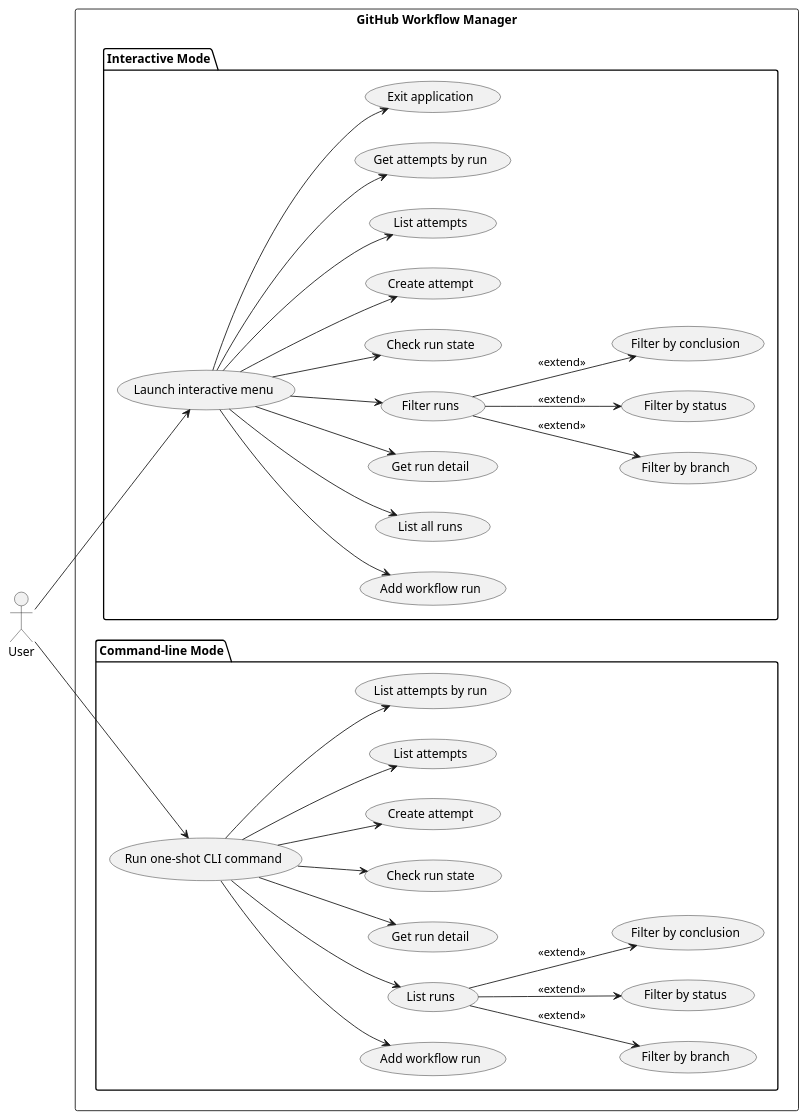
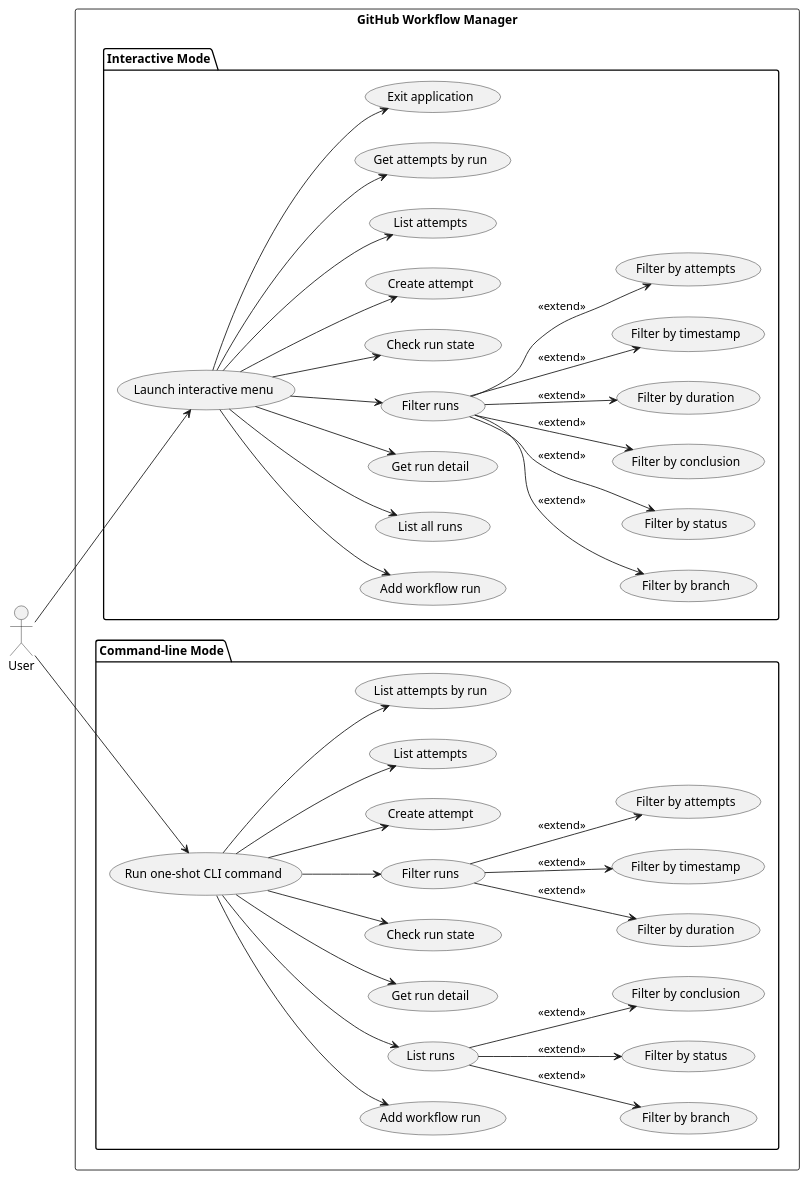
Before and after one commit to DanielRiha8906/Software_autoevolution_using_agents: the diagram in experiments/broadcast/structured_text/github-workflow-manager/artifacts/use_case_diagram.puml, drawn with PlantUML. The commit also changed 8 other files, not shown here.

```diff
--- a/experiments/broadcast/structured_text/github-workflow-manager/artifacts/use_case_diagram.puml
+++ b/experiments/broadcast/structured_text/github-workflow-manager/artifacts/use_case_diagram.puml
@@ -1,69 +1,85 @@
 @startuml use_case_diagram
 
 left to right direction
 
 actor User
 
 rectangle "GitHub Workflow Manager" {
 
   package "Interactive Mode" {
     usecase "Launch interactive menu"  as UI
     usecase "Add workflow run"         as I_ADD
     usecase "List all runs"            as I_LIST
     usecase "Get run detail"           as I_DETAIL
     usecase "Filter runs"              as I_FILTER
     usecase "Filter by branch"         as I_FBRANCH
     usecase "Filter by status"         as I_FSTATUS
     usecase "Filter by conclusion"     as I_FCONCL
+    usecase "Filter by duration"       as I_FDURATION
+    usecase "Filter by timestamp"      as I_FTIMESTAMP
+    usecase "Filter by attempts"       as I_FATTEMPTS
     usecase "Check run state"          as I_CHECK
     usecase "Create attempt"           as I_CREATE_ATT
     usecase "List attempts"            as I_LIST_ATT
     usecase "Get attempts by run"      as I_GET_ATT
     usecase "Exit application"         as I_EXIT
   }
 
   package "Command-line Mode" {
     usecase "Run one-shot CLI command" as CLI
     usecase "Add workflow run"         as C_ADD
     usecase "List runs"                as C_LIST
     usecase "Filter by branch"         as C_FBRANCH
     usecase "Filter by status"         as C_FSTATUS
     usecase "Filter by conclusion"     as C_FCONCL
     usecase "Get run detail"           as C_DETAIL
     usecase "Check run state"          as C_CHECK
+    usecase "Filter runs"              as C_FILTER
+    usecase "Filter by duration"       as C_FDURATION
+    usecase "Filter by timestamp"      as C_FTIMESTAMP
+    usecase "Filter by attempts"       as C_FATTEMPTS
     usecase "Create attempt"           as C_CREATE_ATT
     usecase "List attempts"            as C_LIST_ATT
     usecase "List attempts by run"     as C_GET_ATT
   }
 }
 
 User --> UI
 User --> CLI
 
 UI --> I_ADD
 UI --> I_LIST
 UI --> I_DETAIL
 UI --> I_FILTER
 UI --> I_CHECK
 UI --> I_CREATE_ATT
 UI --> I_LIST_ATT
 UI --> I_GET_ATT
 UI --> I_EXIT
 
-I_FILTER --> I_FBRANCH  : <<extend>>
-I_FILTER --> I_FSTATUS  : <<extend>>
-I_FILTER --> I_FCONCL   : <<extend>>
+I_FILTER --> I_FBRANCH     : <<extend>>
+I_FILTER --> I_FSTATUS     : <<extend>>
+I_FILTER --> I_FCONCL      : <<extend>>
+I_FILTER --> I_FDURATION   : <<extend>>
+I_FILTER --> I_FTIMESTAMP  : <<extend>>
+I_FILTER --> I_FATTEMPTS   : <<extend>>
 
 CLI --> C_ADD
 CLI --> C_LIST
 CLI --> C_DETAIL
 CLI --> C_CHECK
 CLI --> C_CREATE_ATT
 CLI --> C_LIST_ATT
 CLI --> C_GET_ATT
 
-C_LIST --> C_FBRANCH  : <<extend>>
-C_LIST --> C_FSTATUS  : <<extend>>
-C_LIST --> C_FCONCL   : <<extend>>
+C_LIST --> C_FBRANCH     : <<extend>>
+C_LIST --> C_FSTATUS     : <<extend>>
+C_LIST --> C_FCONCL      : <<extend>>
+
+C_FILTER --> C_FDURATION   : <<extend>>
+C_FILTER --> C_FTIMESTAMP  : <<extend>>
+C_FILTER --> C_FATTEMPTS   : <<extend>>
+
+CLI --> C_FILTER
 
 @enduml
```
